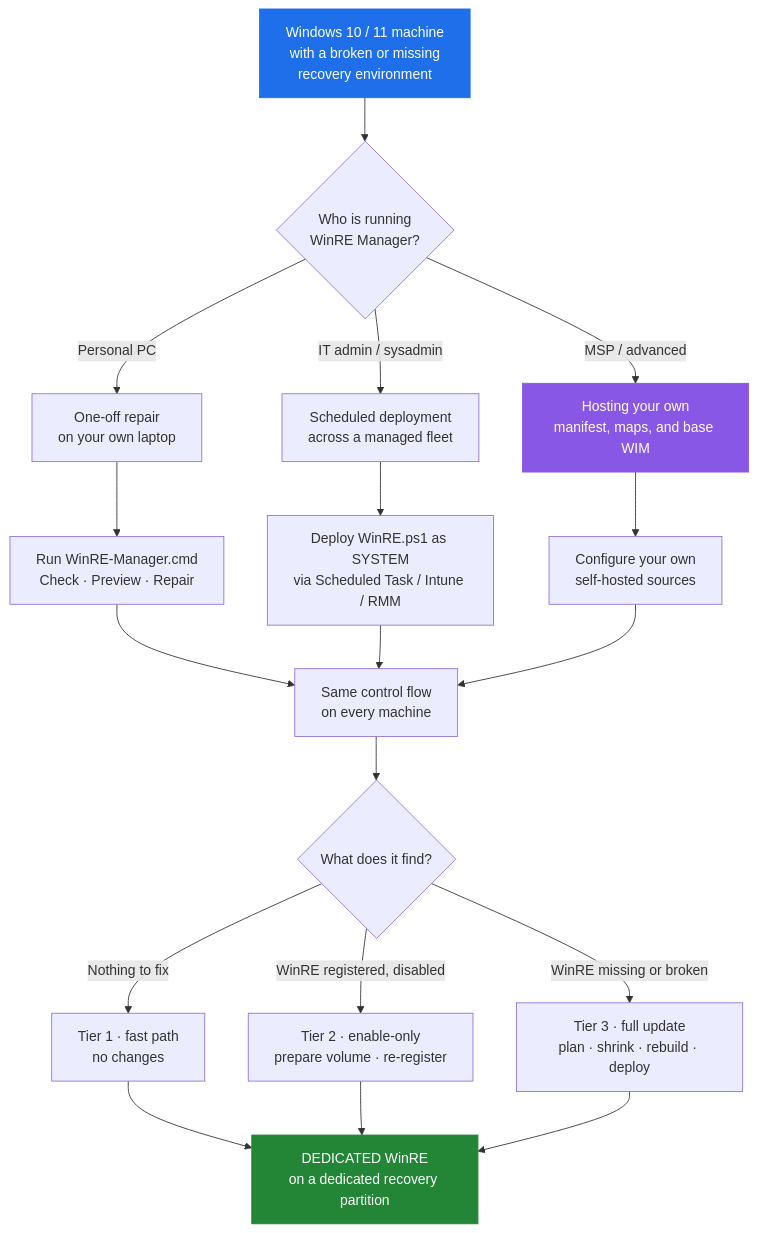
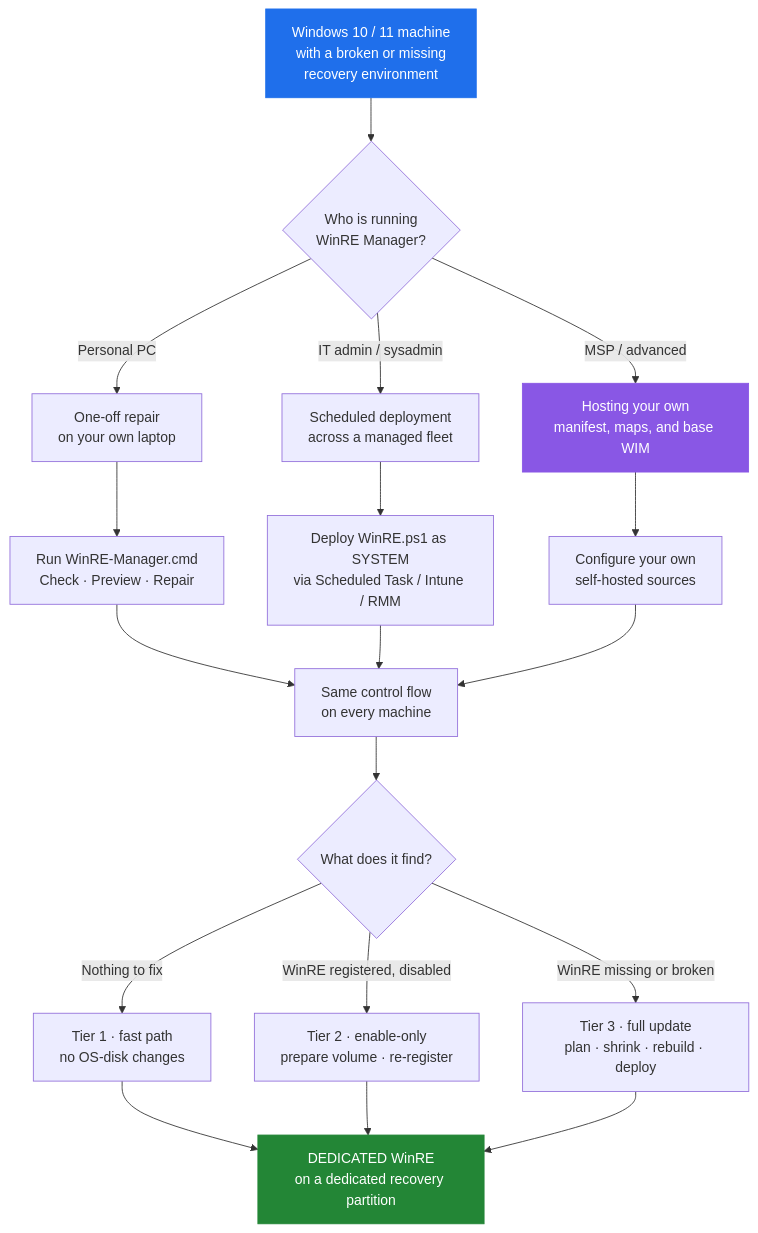
One commit to ArthurJDurand/WinRE-Manager changed the diagram in docs/index.md. Above: the diagram before and after it, drawn with Mermaid. The commit also changed other lines of this file and 16 other files, not shown here.

````diff
--- a/docs/index.md
+++ b/docs/index.md
@@ -50,31 +50,31 @@
 ```mermaid
 flowchart TD
     Start["Windows 10 / 11 machine<br/>with a broken or missing<br/>recovery environment"]
 
     Start --> Who{"Who is running<br/>WinRE Manager?"}
 
     Who -->|"Personal PC"| Single["One-off repair<br/>on your own laptop"]
     Who -->|"IT admin / sysadmin"| Fleet["Scheduled deployment<br/>across a managed fleet"]
     Who -->|"MSP / advanced"| Hosted["Hosting your own<br/>manifest, maps, and base WIM"]
 
     Single --> RunOne["Run WinRE-Manager.cmd<br/>Check · Preview · Repair"]
     Fleet --> RunFleet["Deploy WinRE.ps1 as SYSTEM<br/>via Scheduled Task / Intune / RMM"]
     Hosted --> RunHost["Configure your own<br/>self-hosted sources"]
 
     RunOne --> Flow["Same control flow<br/>on every machine"]
     RunFleet --> Flow
     RunHost --> Flow
 
     Flow --> Fast{"What does it find?"}
-    Fast -->|"Nothing to fix"| FP["Tier 1 · fast path<br/>no changes"]
+    Fast -->|"Nothing to fix"| FP["Tier 1 · fast path<br/>no OS-disk changes"]
     Fast -->|"WinRE registered, disabled"| EO["Tier 2 · enable-only<br/>prepare volume · re-register"]
     Fast -->|"WinRE missing or broken"| FU["Tier 3 · full update<br/>plan · shrink · rebuild · deploy"]
 
     FP --> End["DEDICATED WinRE<br/>on a dedicated recovery partition"]
     EO --> End
     FU --> End
 
     style Start fill:#1f6feb,stroke:#1f6feb,color:#fff
     style End fill:#238636,stroke:#238636,color:#fff
     style Hosted fill:#8957e5,stroke:#8957e5,color:#fff
 ```
````
